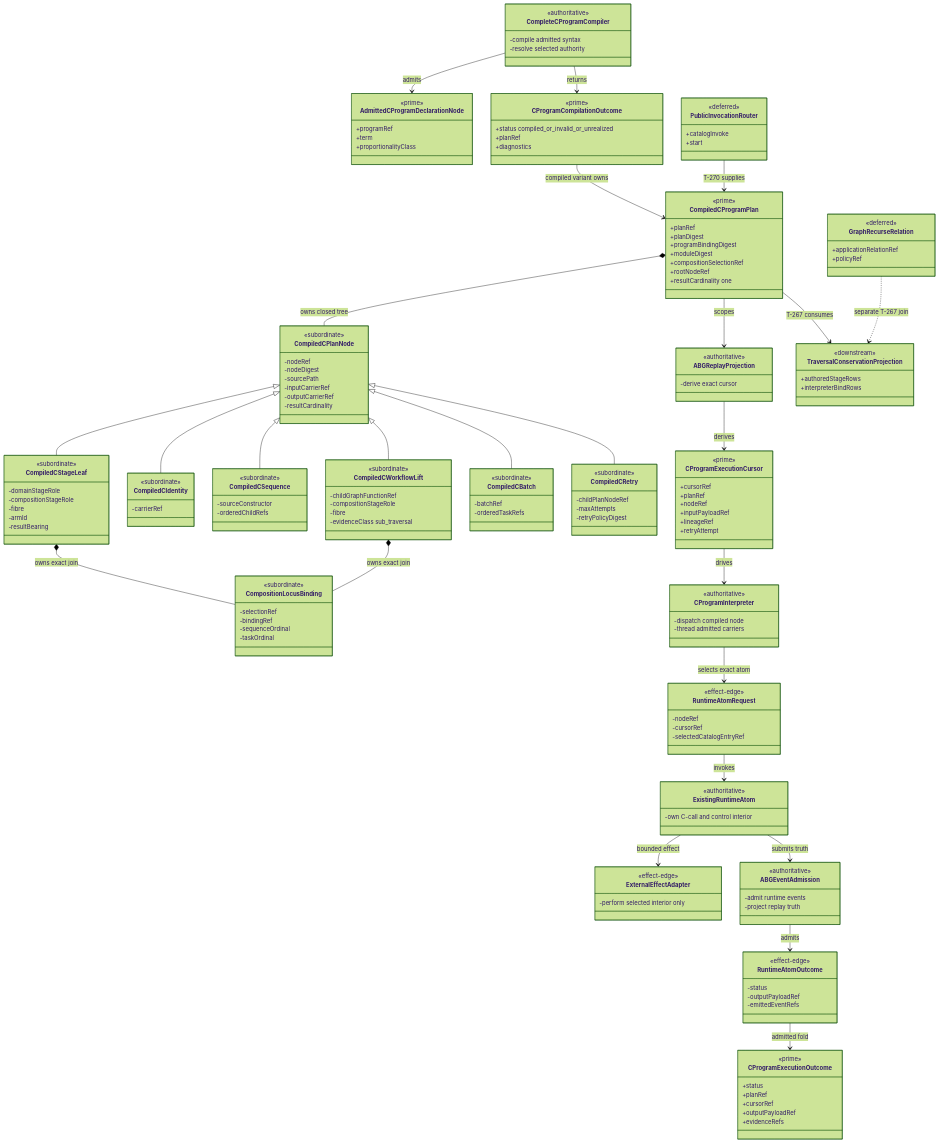
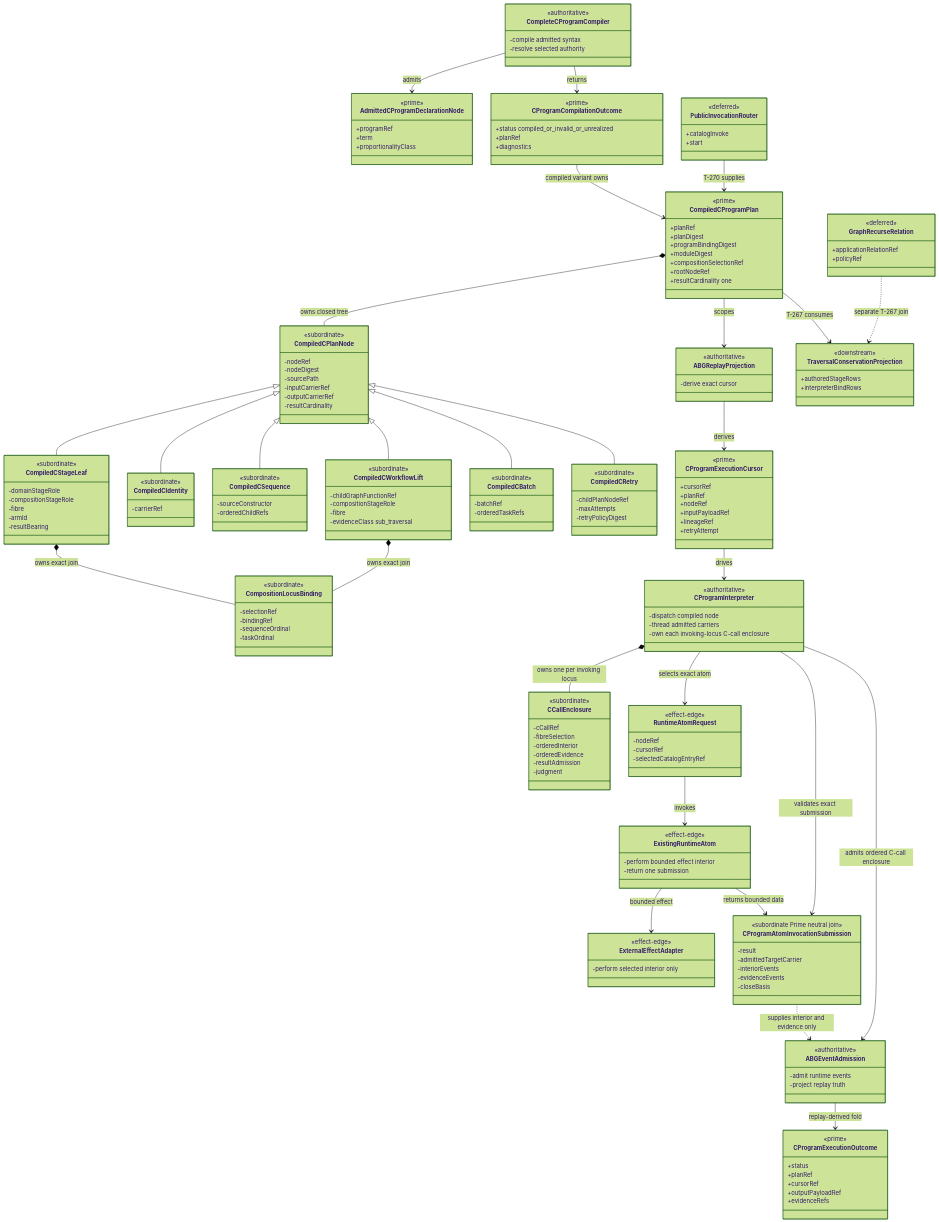
The first of 3 diagrams in build_tenants/abiogenesis/typescript/design/M03_COMPLETE_C_PROGRAM_INTERPRETER_BEHAVIOR_DESIGN.md (foolishimp/abiogenesis), drawn with Mermaid (forest theme) before and after one commit. The commit also changed other lines of this file and 517 other files, not shown here.

```diff
--- a/build_tenants/abiogenesis/typescript/design/M03_COMPLETE_C_PROGRAM_INTERPRETER_BEHAVIOR_DESIGN.md
+++ b/build_tenants/abiogenesis/typescript/design/M03_COMPLETE_C_PROGRAM_INTERPRETER_BEHAVIOR_DESIGN.md
@@ -424,11 +502,22 @@
     -cursorRef
     -selectedCatalogEntryRef
   }
-  class RuntimeAtomOutcome {
-    <<effect-edge>>
-    -status
-    -outputPayloadRef
-    -emittedEventRefs
+  class CCallEnclosure {
+    <<subordinate>>
+    -cCallRef
+    -fibreSelection
+    -orderedInterior
+    -orderedEvidence
+    -resultAdmission
+    -judgment
+  }
+  class CProgramAtomInvocationSubmission {
+    <<subordinate Prime neutral join>>
+    -result
+    -admittedTargetCarrier
+    -interiorEvents
+    -evidenceEvents
+    -closeBasis
   }
   class TraversalConservationProjection {
     <<downstream>>
@@ -458,10 +547,12 @@
     <<authoritative>>
     -dispatch compiled node
     -thread admitted carriers
+    -own each invoking-locus C-call enclosure
   }
   class ExistingRuntimeAtom {
-    <<authoritative>>
-    -own C-call and control interior
+    <<effect-edge>>
+    -perform bounded effect interior
+    -return one submission
   }
   class ExternalEffectAdapter {
     <<effect-edge>>
@@ -488,12 +579,15 @@
   CompiledCProgramPlan --> ABGReplayProjection : scopes
   ABGReplayProjection --> CProgramExecutionCursor : derives
   CProgramExecutionCursor --> CProgramInterpreter : drives
+  CProgramInterpreter *-- CCallEnclosure : owns one per invoking locus
   CProgramInterpreter --> RuntimeAtomRequest : selects exact atom
   RuntimeAtomRequest --> ExistingRuntimeAtom : invokes
   ExistingRuntimeAtom --> ExternalEffectAdapter : bounded effect
-  ExistingRuntimeAtom --> ABGEventAdmission : submits truth
-  ABGEventAdmission --> RuntimeAtomOutcome : admits
-  RuntimeAtomOutcome --> CProgramExecutionOutcome : admitted fold
+  ExistingRuntimeAtom --> CProgramAtomInvocationSubmission : returns bounded data
+  CProgramInterpreter --> CProgramAtomInvocationSubmission : validates exact submission
+  CProgramAtomInvocationSubmission ..> ABGEventAdmission : supplies interior and evidence only
+  CProgramInterpreter --> ABGEventAdmission : admits ordered C-call enclosure
+  ABGEventAdmission --> CProgramExecutionOutcome : replay-derived fold
   CompiledCProgramPlan --> TraversalConservationProjection : T-267 consumes
   PublicInvocationRouter --> CompiledCProgramPlan : T-270 supplies
   GraphRecurseRelation ..> TraversalConservationProjection : separate T-267 join
```
